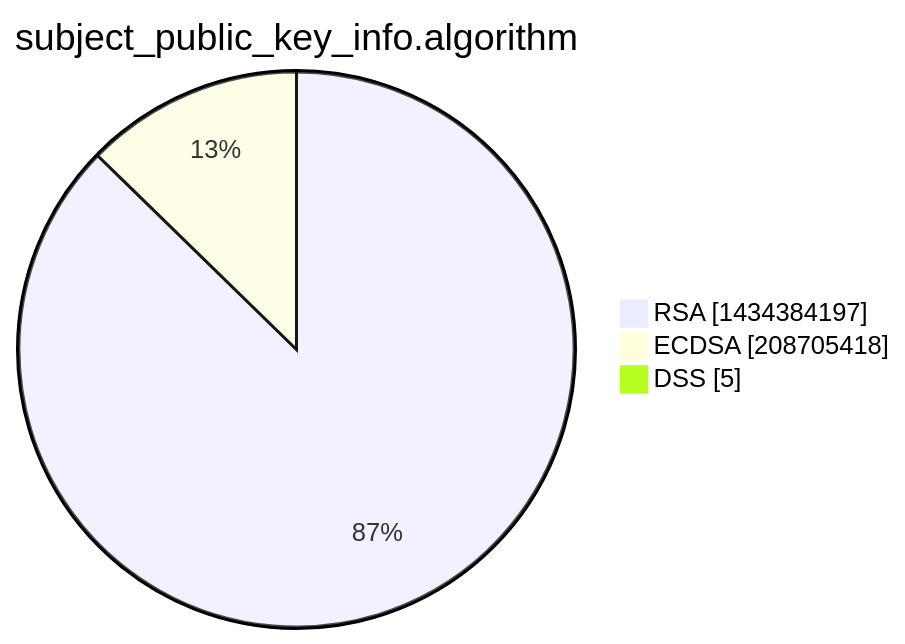
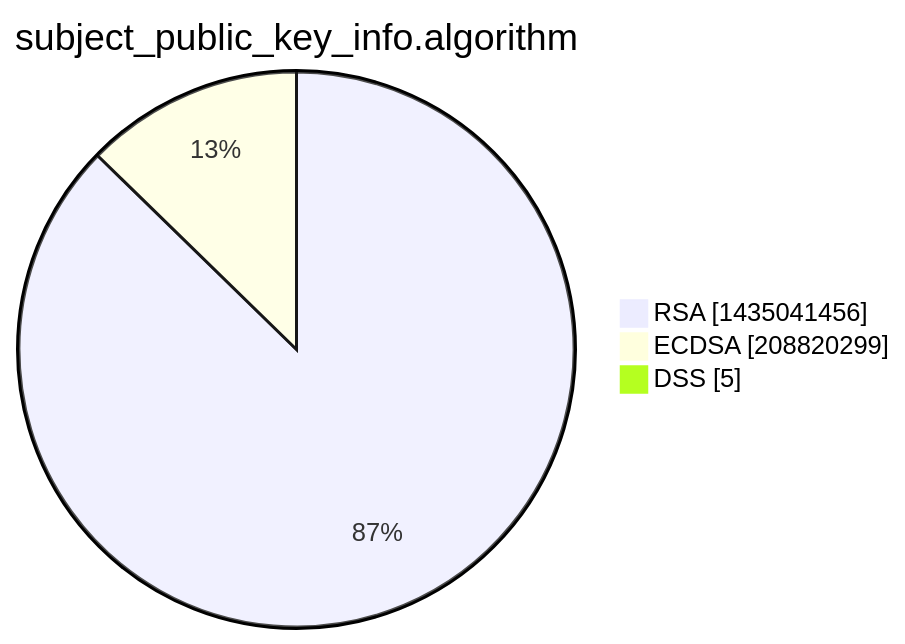
One commit to christiankrug/ctmonitor_visualization changed the third of 15 diagrams in xenon2022/README.md. Above: the diagram before and after it, drawn with Mermaid. The commit also changed other lines of this file, not shown here.

````diff
--- a/xenon2022/README.md
+++ b/xenon2022/README.md
@@ -14,7 +14,7 @@
 ```mermaid
 pie showData
 title subject_public_key_info.algorithm
-"RSA" :1434384197
-"ECDSA" :208705418
+"RSA" :1435041456
+"ECDSA" :208820299
 "DSS" :5
 ```
````
